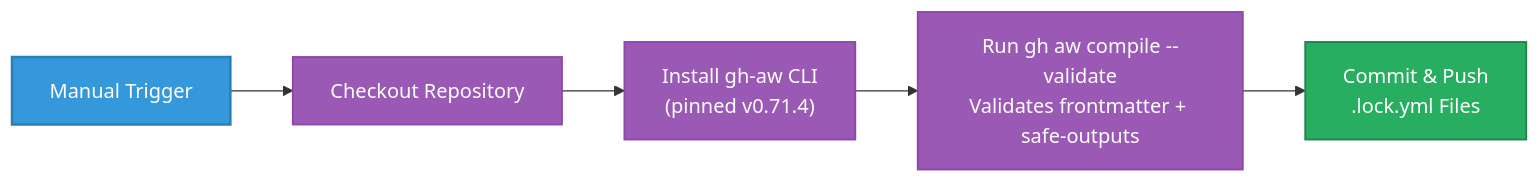
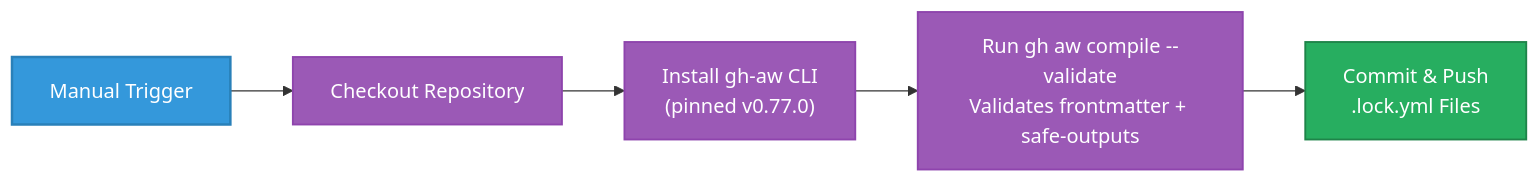
Before and after one commit to Hack23/euparliamentmonitor: the ninth of 22 diagrams in WORKFLOWS.md, drawn with Mermaid. The commit also changed other lines of this file and 3 other files, not shown here.

Commit message:
docs: refresh WORKFLOWS/ARCHITECTURE/Article-Generation for Opus 4.8 fleet

````diff
--- a/WORKFLOWS.md
+++ b/WORKFLOWS.md
@@ -1177,15 +1177,15 @@
 ```mermaid
 graph LR
     A[Manual Trigger] --> B[Checkout Repository]
-    B --> C["Install gh-aw CLI<br/>(pinned v0.71.4)"]
+    B --> C["Install gh-aw CLI<br/>(pinned v0.77.0)"]
     C --> D["Run gh aw compile --validate<br/>Validates frontmatter + safe-outputs"]
     D --> E["Commit & Push<br/>.lock.yml Files"]
 
     classDef trigger fill:#3498db,stroke:#2980b9,stroke-width:2px,color:white
     classDef process fill:#9b59b6,stroke:#8e44ad,stroke-width:1.5px,color:white
     classDef output fill:#27ae60,stroke:#1e8449,stroke-width:1.5px,color:white
 
     class A trigger
     class B,C,D process
     class E output
 ```
````
